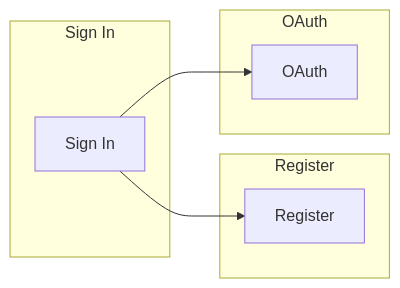
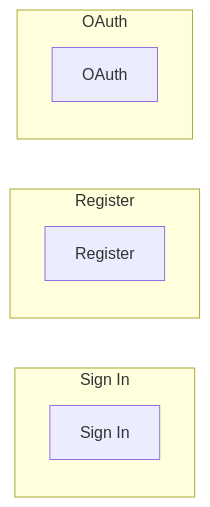
One commit to siddh-kivtechs/kivtechs_schema changed the first of 2 diagrams in readme.md. Above: the diagram before and after it, drawn with Mermaid. The commit also changed other lines of this file, not shown here.

````diff
--- a/readme.md
+++ b/readme.md
@@ -4,16 +4,15 @@
 ```mermaid
 graph LR
     subgraph Sign In
-        A[Sign In]
+        2A[Sign In]
     end
     subgraph Register
-        B[Register]
+        2B[Register]
     end
     subgraph OAuth
-        C[OAuth]
+        2C[OAuth]
     end
 
-    A --> B
-    A --> C
+   
 
 ```
````
